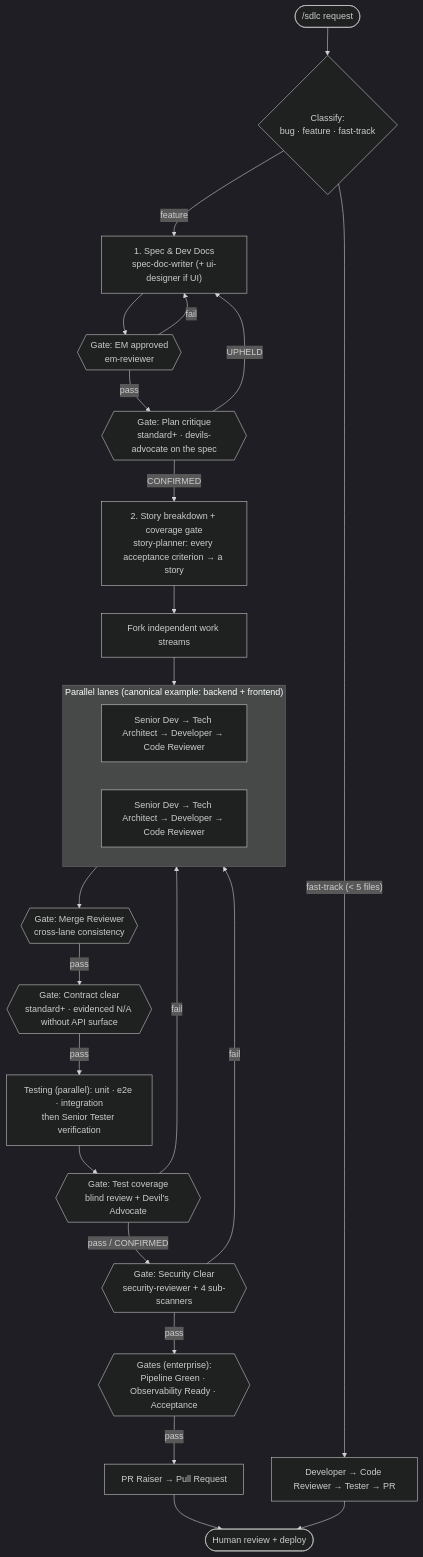
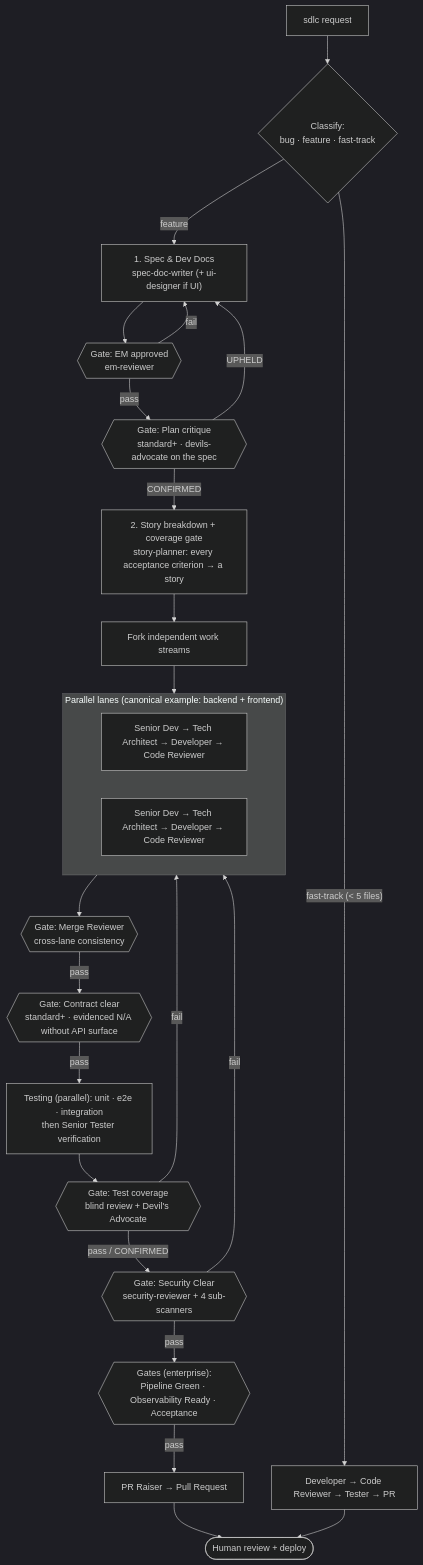
One commit to ajyadav013/claude-kit changed the third of 4 diagrams in docs/architecture.md. Above: the diagram before and after it, drawn with Mermaid (dark theme). The commit also changed other lines of this file and 804 other files, not shown here.

````diff
--- a/docs/architecture.md
+++ b/docs/architecture.md
@@ -101,35 +149,35 @@
 ```mermaid
 flowchart TD
-    REQ(["/sdlc request"]) --> CLS{"Classify:<br/>bug · feature · fast-track"}
+    REQ["sdlc request"] --> CLS{"Classify:<br/>bug · feature · fast-track"}
 
     CLS -->|"feature"| SPEC["1. Spec & Dev Docs<br/>spec-doc-writer (+ ui-designer if UI)"]
     SPEC --> EM{{"Gate: EM approved<br/>em-reviewer"}}
 
     EM -->|"pass"| PC{{"Gate: Plan critique<br/>standard+ · devils-advocate on the spec"}}
     PC -->|"CONFIRMED"| STORY["2. Story breakdown + coverage gate<br/>story-planner: every acceptance criterion → a story"]
     STORY --> FORK["Fork independent work streams"]
     subgraph LANES["Parallel lanes (canonical example: backend + frontend)"]
         direction LR
         L1["Senior Dev → Tech Architect → Developer → Code Reviewer"]
         L2["Senior Dev → Tech Architect → Developer → Code Reviewer"]
     end
     FORK --> LANES
     LANES --> MR1{{"Gate: Merge Reviewer<br/>cross-lane consistency"}}
 
     MR1 -->|"pass"| CC{{"Gate: Contract clear<br/>standard+ · evidenced N/A without API surface"}}
     CC -->|"pass"| TEST["Testing (parallel): unit · e2e · integration<br/>then Senior Tester verification"]
     TEST --> TCG{{"Gate: Test coverage<br/>blind review + Devil's Advocate"}}
 
     TCG -->|"pass / CONFIRMED"| SEC{{"Gate: Security Clear<br/>security-reviewer + 4 sub-scanners"}}
     SEC -->|"pass"| OPS{{"Gates (enterprise):<br/>Pipeline Green · Observability Ready · Acceptance"}}
     OPS -->|"pass"| PR["PR Raiser → Pull Request"]
     PR --> HUMAN(["Human review + deploy"])
 
     CLS -->|"fast-track (< 5 files)"| FT["Developer → Code Reviewer → Tester → PR"]
     FT --> HUMAN
 
     EM -->|"fail"| SPEC
     PC -->|"UPHELD"| SPEC
     TCG -->|"fail"| LANES
     SEC -->|"fail"| LANES
 ```
````
